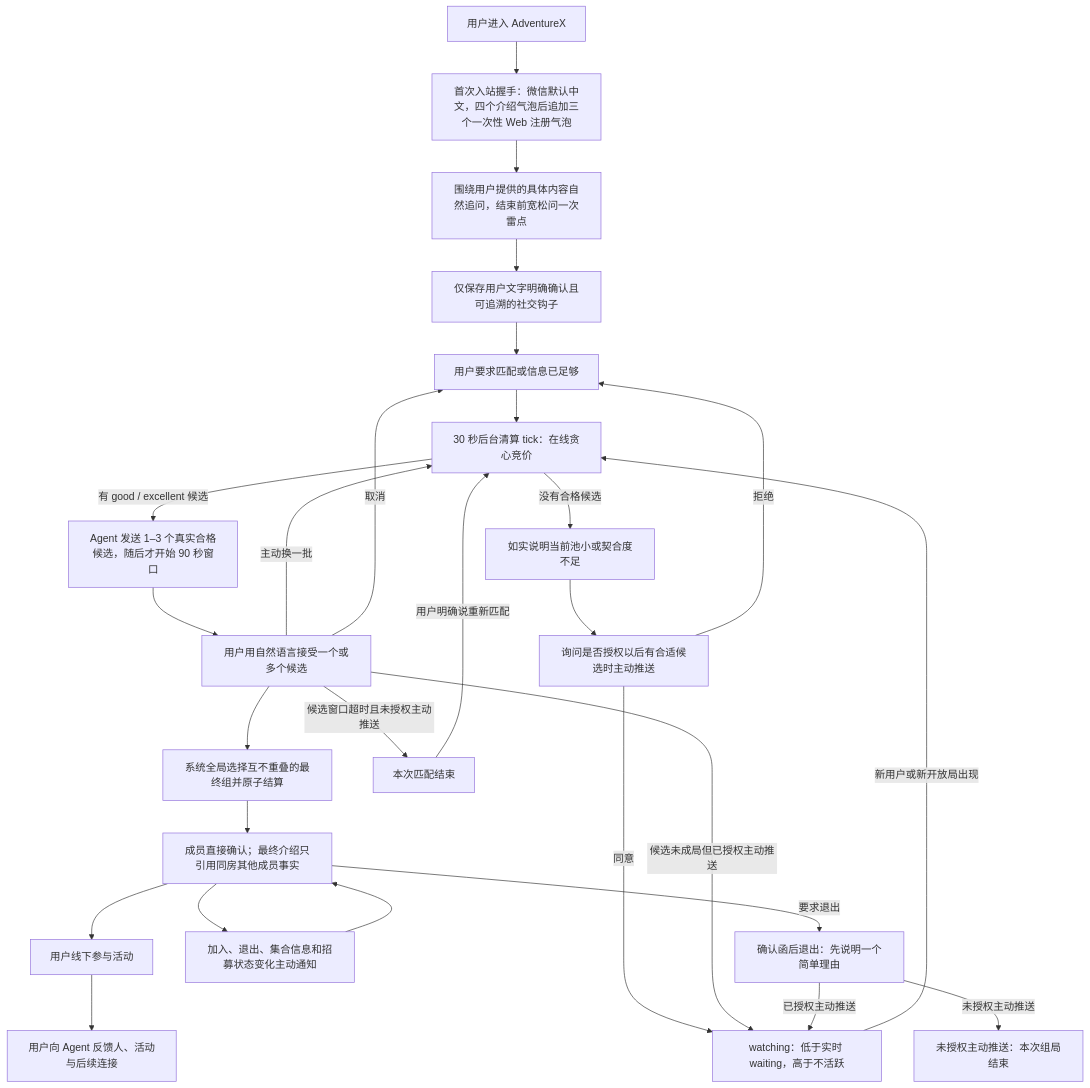
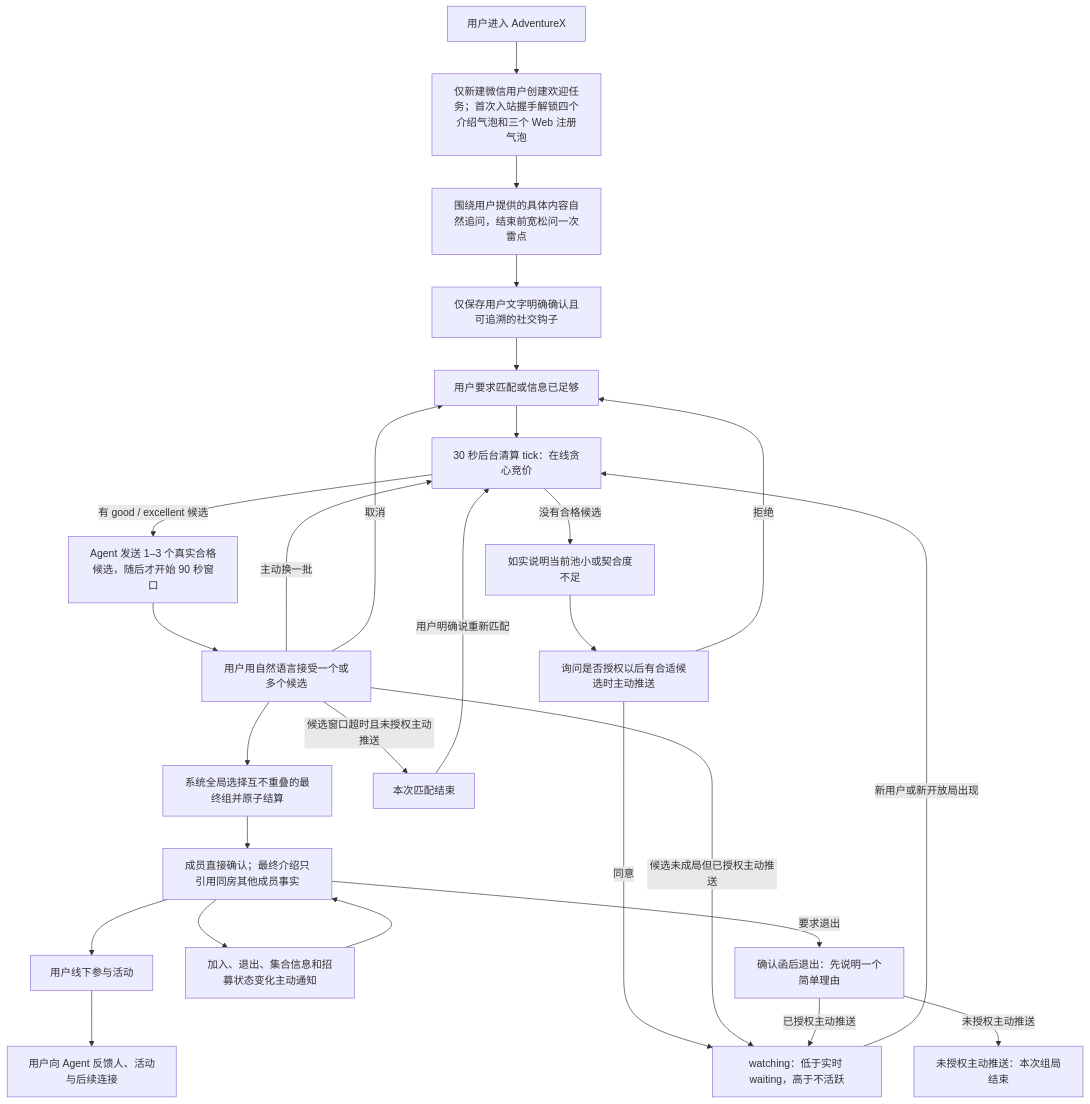
The diagram in docs/product-flow.md (toMeetADX/TOMEET_Backend), drawn with Mermaid before and after one commit. The commit also changed 21 other files, not shown here.

````diff
--- a/docs/product-flow.md
+++ b/docs/product-flow.md
@@ -7,37 +7,37 @@
 ```mermaid
 flowchart TB
     Enter["用户进入 AdventureX"]
-    Welcome["首次入站握手：微信默认中文，四个介绍气泡后追加三个一次性 Web 注册气泡"]
+    Welcome["仅新建微信用户创建欢迎任务；首次入站握手解锁四个介绍气泡和三个 Web 注册气泡"]
     Explore["围绕用户提供的具体内容自然追问，结束前宽松问一次雷点"]
     Hook["仅保存用户文字明确确认且可追溯的社交钩子"]
     Request["用户要求匹配或信息已足够"]
     Round["30 秒后台清算 tick：在线贪心竞价"]
     Options["Agent 发送 1–3 个真实合格候选，随后才开始 90 秒窗口"]
     Unavailable["如实说明当前池小或契合度不足"]
     Consent["询问是否授权以后有合适候选时主动推送"]
     Watching["watching：低于实时 waiting，高于不活跃"]
     Choice["用户用自然语言接受一个或多个候选"]
     Settle["系统全局选择互不重叠的最终组并原子结算"]
     Room["成员直接确认；最终介绍只引用同房其他成员事实"]
     ExitReason["确认函后退出：先说明一个简单理由"]
     ExitEnded["未授权主动推送：本次组局结束"]
     Change["加入、退出、集合信息和招募状态变化主动通知"]
     Offline["用户线下参与活动"]
     Feedback["用户向 Agent 反馈人、活动与后续连接"]
 
     Enter --> Welcome --> Explore --> Hook --> Request --> Round
     Round -->|有 good / excellent 候选| Options --> Choice --> Settle --> Room --> Offline --> Feedback
     Round -->|没有合格候选| Unavailable --> Consent
     Consent -->|同意| Watching
     Consent -->|拒绝| Request
     Watching -->|新用户或新开放局出现| Round
     Choice -->|主动换一批| Round
     Choice -->|候选窗口超时且未授权主动推送| Expired["本次匹配结束"]
     Choice -->|候选未成局但已授权主动推送| Watching
     Expired -->|用户明确说重新匹配| Round
     Choice -->|取消| Request
     Room --> Change --> Room
     Room -->|要求退出| ExitReason
     ExitReason -->|已授权主动推送| Watching
     ExitReason -->|未授权主动推送| ExitEnded
 ```
````
